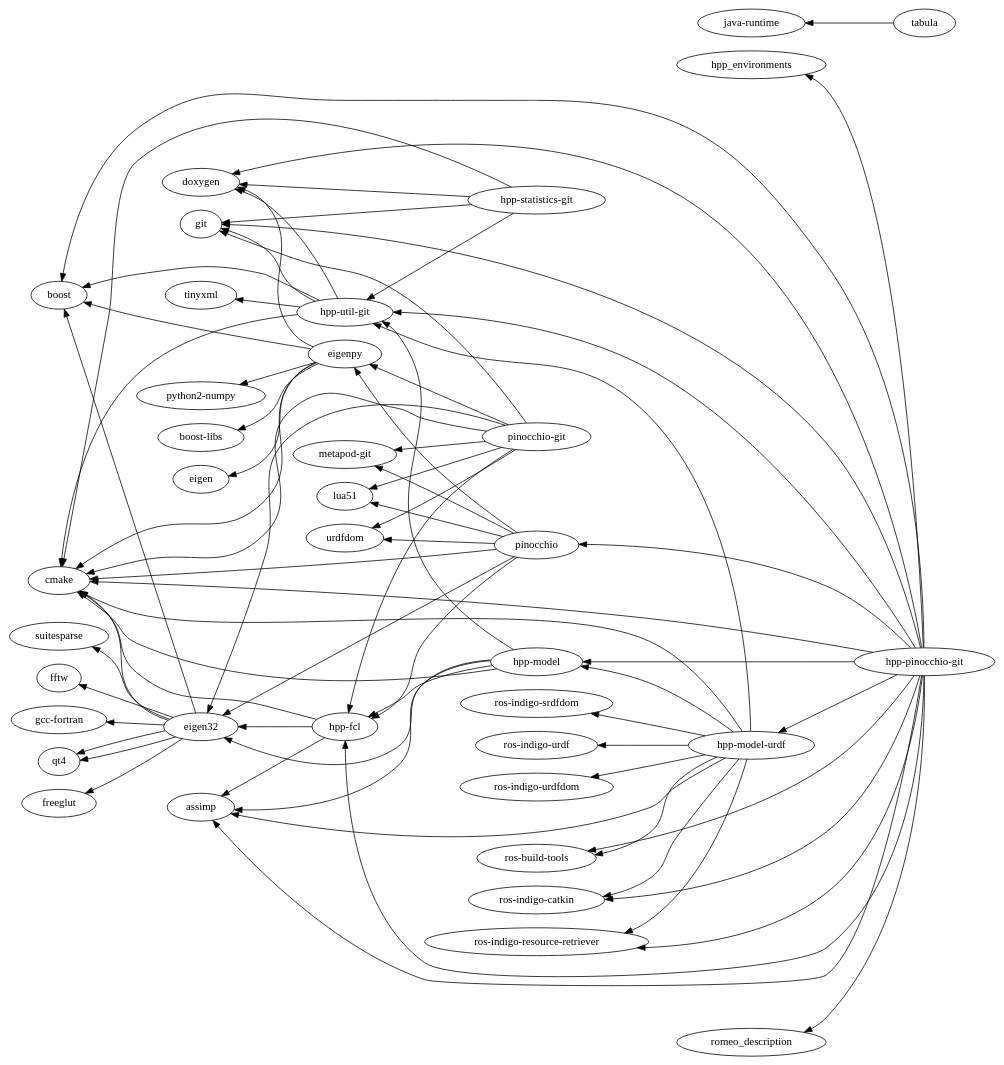
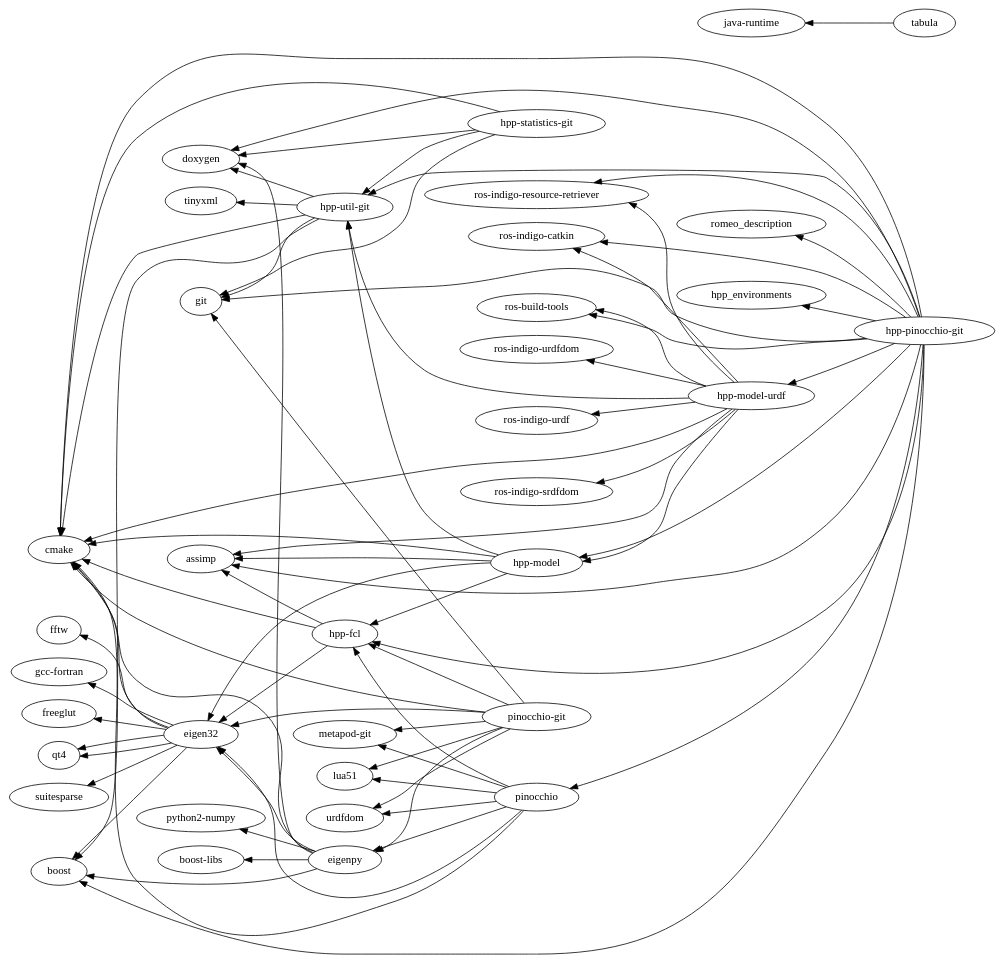
One commit to nim65s/aur changed the diagram in dependencies.gv. Above: the diagram before and after it, drawn with Graphviz. The commit also changed 1 other file, not shown here.

```diff
--- a/dependencies.gv
+++ b/dependencies.gv
@@ -1,112 +1,111 @@
 digraph dependencies {
 	graph [rankdir=RL]
-		hpp_environments
-		"hpp-pinocchio-git"
-		pinocchio
-		"hpp-util-git"
-		"pinocchio-git"
-		eigenpy
-		lua51
-		urdfdom
-		"java-runtime"
-		doxygen
-		"boost-libs"
-		"hpp-statistics-git"
-		boost
-		"hpp-model"
-		"python2-numpy"
-		"hpp-model-urdf"
-		"hpp-fcl"
-		"ros-build-tools"
 		eigen32
-		tinyxml
-		"metapod-git"
-		"ros-indigo-catkin"
-		"ros-indigo-srdfdom"
-		assimp
-		tabula
-		romeo_description
-		"gcc-fortran"
-		"ros-indigo-urdf"
-		"ros-indigo-urdfdom"
-		eigen
 		git
 		"ros-indigo-resource-retriever"
+		"hpp-pinocchio-git"
+		"gcc-fortran"
+		doxygen
+		"ros-indigo-urdfdom"
+		"boost-libs"
+		"ros-indigo-catkin"
+		romeo_description
+		tabula
+		"pinocchio-git"
+		"hpp-statistics-git"
 		cmake
+		freeglut
+		hpp_environments
+		"metapod-git"
+		"ros-indigo-urdf"
+		"python2-numpy"
+		"ros-build-tools"
 		qt4
-		freeglut
+		"hpp-model"
+		"hpp-util-git"
+		"java-runtime"
+		tinyxml
+		urdfdom
+		pinocchio
+		"hpp-model-urdf"
 		suitesparse
+		eigenpy
+		boost
+		assimp
+		"ros-indigo-srdfdom"
+		lua51
+		"hpp-fcl"
 		fftw
 			"pinocchio-git" -> "metapod-git"
 			"pinocchio-git" -> lua51
 			"pinocchio-git" -> cmake
 			"pinocchio-git" -> git
 			"pinocchio-git" -> eigen32
 			"pinocchio-git" -> eigenpy
 			"pinocchio-git" -> "hpp-fcl"
 			"pinocchio-git" -> urdfdom
 			eigen32 -> qt4
 			eigen32 -> cmake
 			eigen32 -> freeglut
 			eigen32 -> "gcc-fortran"
 			eigen32 -> fftw
 			eigen32 -> qt4
 			eigen32 -> suitesparse
 			eigen32 -> boost
 			"hpp-model" -> assimp
 			"hpp-model" -> cmake
 			"hpp-model" -> eigen32
 			"hpp-model" -> "hpp-util-git"
 			"hpp-model" -> "hpp-fcl"
 			pinocchio -> "metapod-git"
 			pinocchio -> lua51
 			pinocchio -> cmake
 			pinocchio -> eigen32
 			pinocchio -> "hpp-fcl"
 			pinocchio -> eigenpy
 			pinocchio -> urdfdom
 			tabula -> "java-runtime"
+			"hpp-util-git" -> doxygen
 			"hpp-util-git" -> cmake
 			"hpp-util-git" -> git
-			"hpp-util-git" -> doxygen
 			"hpp-util-git" -> boost
 			"hpp-util-git" -> tinyxml
 			"hpp-fcl" -> cmake
 			"hpp-fcl" -> eigen32
 			"hpp-fcl" -> assimp
 			"hpp-pinocchio-git" -> "hpp-model"
 			"hpp-pinocchio-git" -> "hpp-model-urdf"
 			"hpp-pinocchio-git" -> romeo_description
 			"hpp-pinocchio-git" -> hpp_environments
+			"hpp-pinocchio-git" -> doxygen
 			"hpp-pinocchio-git" -> cmake
 			"hpp-pinocchio-git" -> git
-			"hpp-pinocchio-git" -> doxygen
 			"hpp-pinocchio-git" -> "ros-build-tools"
 			"hpp-pinocchio-git" -> "ros-indigo-catkin"
 			"hpp-pinocchio-git" -> boost
 			"hpp-pinocchio-git" -> pinocchio
 			"hpp-pinocchio-git" -> assimp
 			"hpp-pinocchio-git" -> "hpp-util-git"
 			"hpp-pinocchio-git" -> "hpp-fcl"
 			"hpp-pinocchio-git" -> "ros-indigo-resource-retriever"
 			"hpp-model-urdf" -> cmake
 			"hpp-model-urdf" -> "ros-build-tools"
 			"hpp-model-urdf" -> "ros-indigo-catkin"
 			"hpp-model-urdf" -> assimp
 			"hpp-model-urdf" -> "hpp-util-git"
 			"hpp-model-urdf" -> "hpp-model"
 			"hpp-model-urdf" -> "ros-indigo-resource-retriever"
 			"hpp-model-urdf" -> "ros-indigo-urdf"
 			"hpp-model-urdf" -> "ros-indigo-urdfdom"
 			"hpp-model-urdf" -> "ros-indigo-srdfdom"
+			"hpp-statistics-git" -> doxygen
 			"hpp-statistics-git" -> cmake
 			"hpp-statistics-git" -> git
-			"hpp-statistics-git" -> doxygen
 			"hpp-statistics-git" -> "hpp-util-git"
 			eigenpy -> doxygen
 			eigenpy -> cmake
-			eigenpy -> eigen
+			eigenpy -> eigen32
 			eigenpy -> boost
 			eigenpy -> "python2-numpy"
 			eigenpy -> "boost-libs"
 }
```
